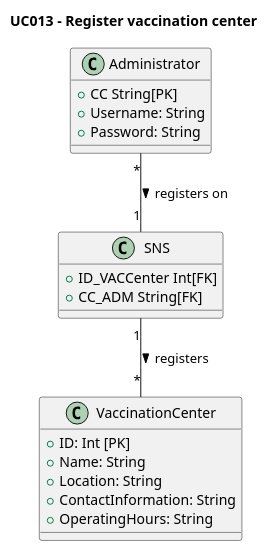
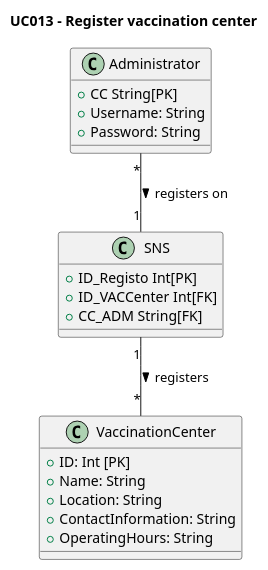
One commit to rafaafig/SnsTrab changed the diagram in sns-base/doc/global/use-cases/UC013/uc-UCD013-DM.puml. Above: the diagram before and after it, drawn with PlantUML.

Commit message:
ID registo

```diff
--- a/sns-base/doc/global/use-cases/UC013/uc-UCD013-DM.puml
+++ b/sns-base/doc/global/use-cases/UC013/uc-UCD013-DM.puml
@@ -1,29 +1,30 @@
 @startuml
 'skinparam monochrome true
 'skinparam shadowing false
 
 title UC013 - Register vaccination center
 
 class Administrator {
     +CC String[PK]
     +Username: String
     +Password: String
 }
 class SNS{
+    +ID_Registo Int[PK]
     +ID_VACCenter Int[FK]
     +CC_ADM String[FK]
 }
 
 class VaccinationCenter {
     +ID: Int [PK]
     +Name: String
     +Location: String
     +ContactInformation: String
     +OperatingHours: String
 }
 
 ' Relationships
 Administrator "*" -- "1" SNS : registers on >
 SNS "1" -- "*" VaccinationCenter : registers >
 
 @enduml
```
